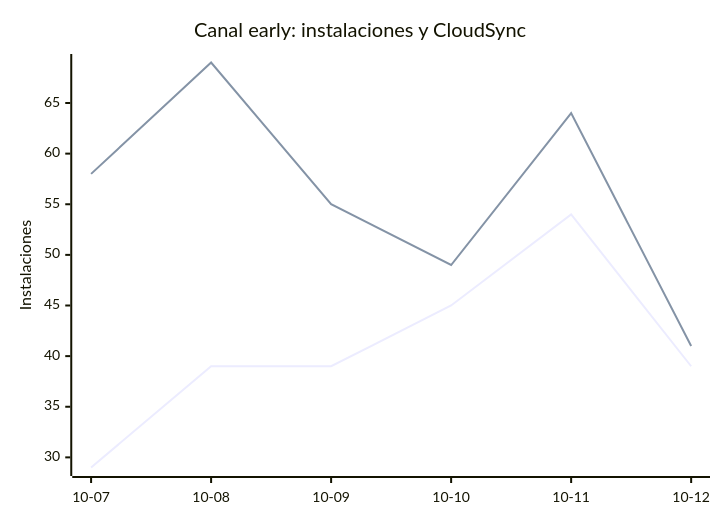
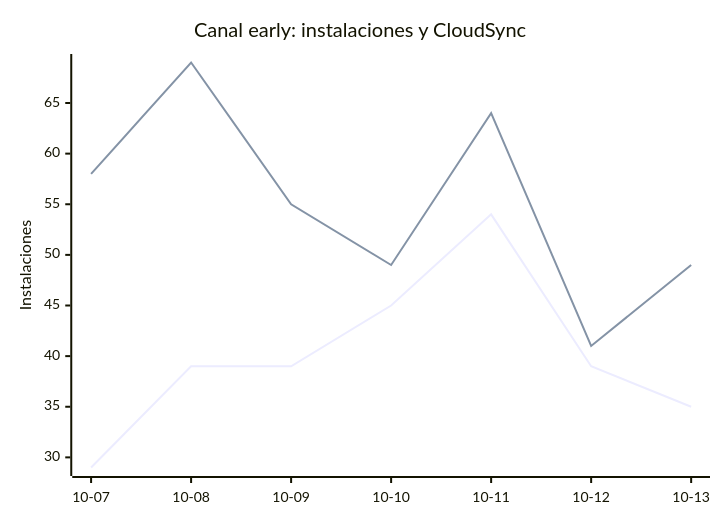
Before and after one commit to EmuDeck/stats: the eighth of 8 diagrams in README.md, drawn with Mermaid. The commit also changed other lines of this file and 2 other files, not shown here.

````diff
--- a/README.md
+++ b/README.md
@@ -102,8 +102,8 @@
 ```mermaid
 xychart-beta
     title "Canal early: instalaciones y CloudSync"
-    x-axis ["10-07", "10-08", "10-09", "10-10", "10-11", "10-12"]
+    x-axis ["10-07", "10-08", "10-09", "10-10", "10-11", "10-12", "10-13"]
     y-axis "Instalaciones"
-    line [29, 39, 39, 45, 54, 39]
-    line [58, 69, 55, 49, 64, 41]
+    line [29, 39, 39, 45, 54, 39, 35]
+    line [58, 69, 55, 49, 64, 41, 49]
 ```
````
